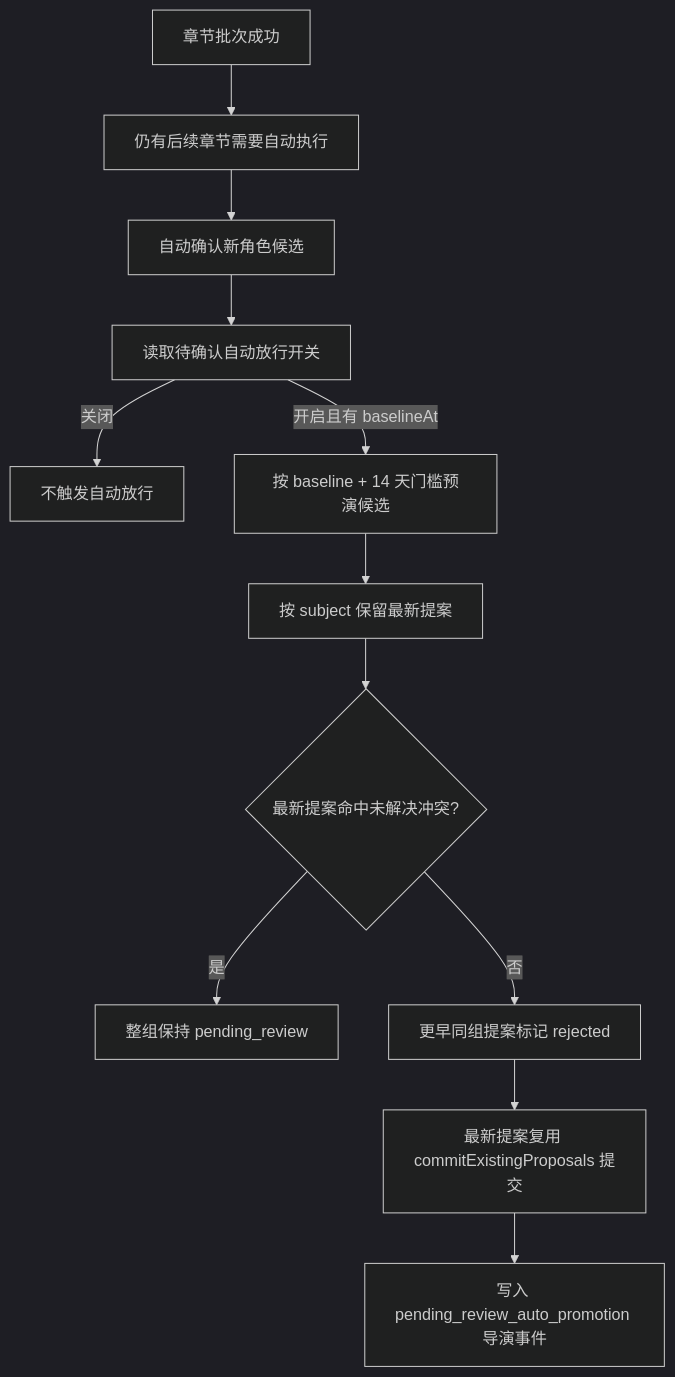
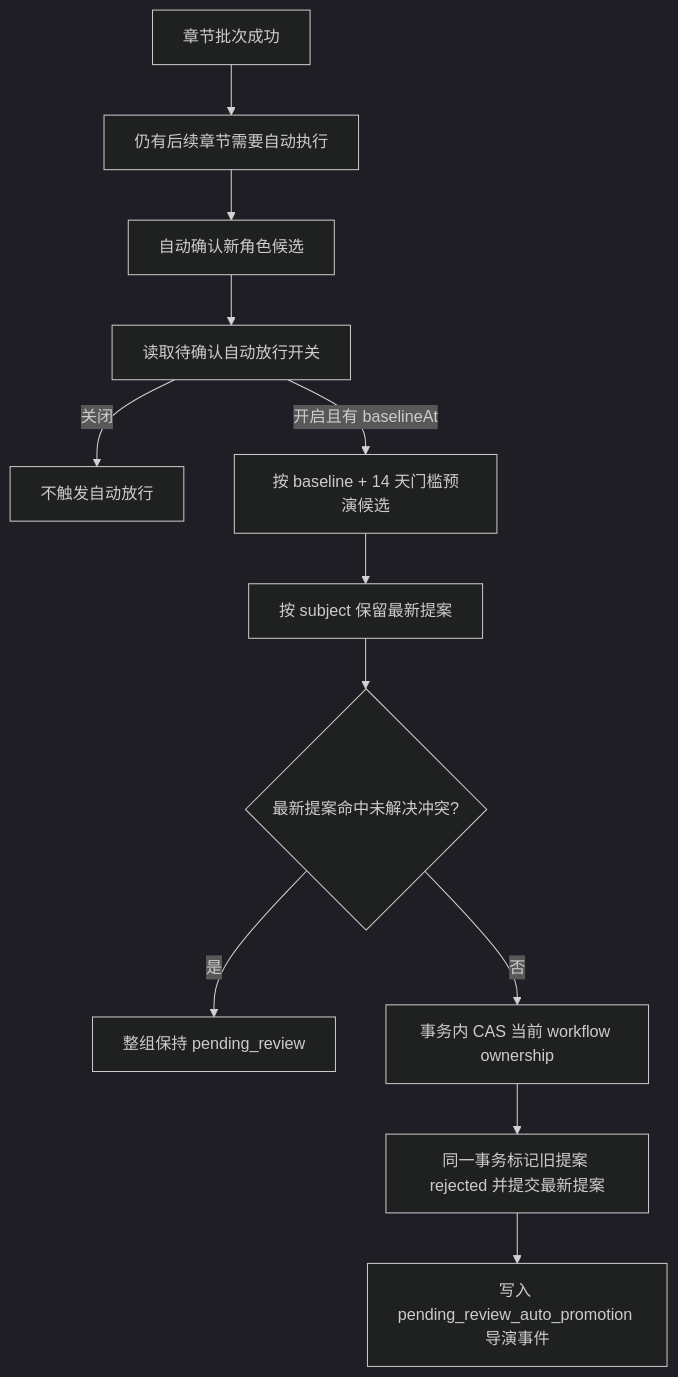
The diagram in docs/wiki/workflows/pending-review-auto-promotion.md (dengyie/AI-Novel-Forge), drawn with Mermaid (dark theme) before and after one commit. The commit also changed other lines of this file and 1 other file, not shown here.

Commit message:
docs(wiki): define auto execution ownership boundaries

````diff
--- a/docs/wiki/workflows/pending-review-auto-promotion.md
+++ b/docs/wiki/workflows/pending-review-auto-promotion.md
@@ -47,14 +47,14 @@
 ```mermaid
 flowchart TD
   A["章节批次成功"] --> B["仍有后续章节需要自动执行"]
   B --> C["自动确认新角色候选"]
   C --> D["读取待确认自动放行开关"]
   D -->|关闭| E["不触发自动放行"]
   D -->|开启且有 baselineAt| F["按 baseline + 14 天门槛预演候选"]
   F --> G["按 subject 保留最新提案"]
   G --> H{"最新提案命中未解决冲突?"}
   H -->|是| I["整组保持 pending_review"]
-  H -->|否| J["更早同组提案标记 rejected"]
-  J --> K["最新提案复用 commitExistingProposals 提交"]
+  H -->|否| J["事务内 CAS 当前 workflow ownership"]
+  J --> K["同一事务标记旧提案 rejected 并提交最新提案"]
   K --> L["写入 pending_review_auto_promotion 导演事件"]
 ```
````
